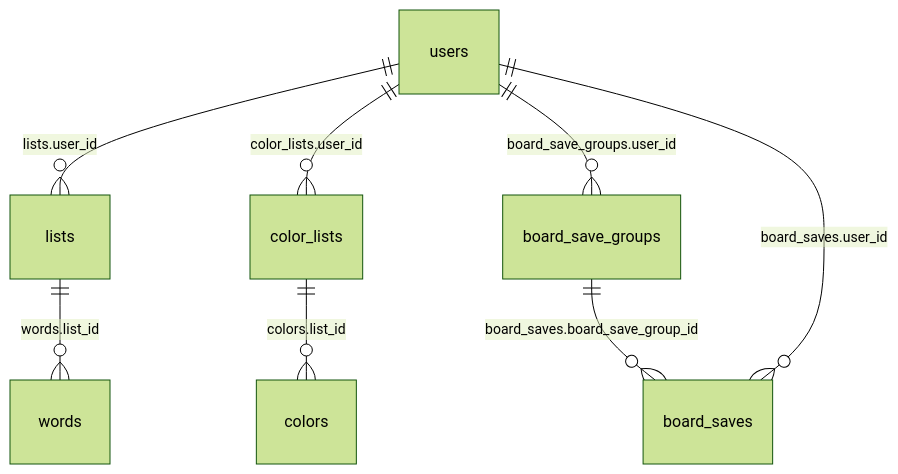
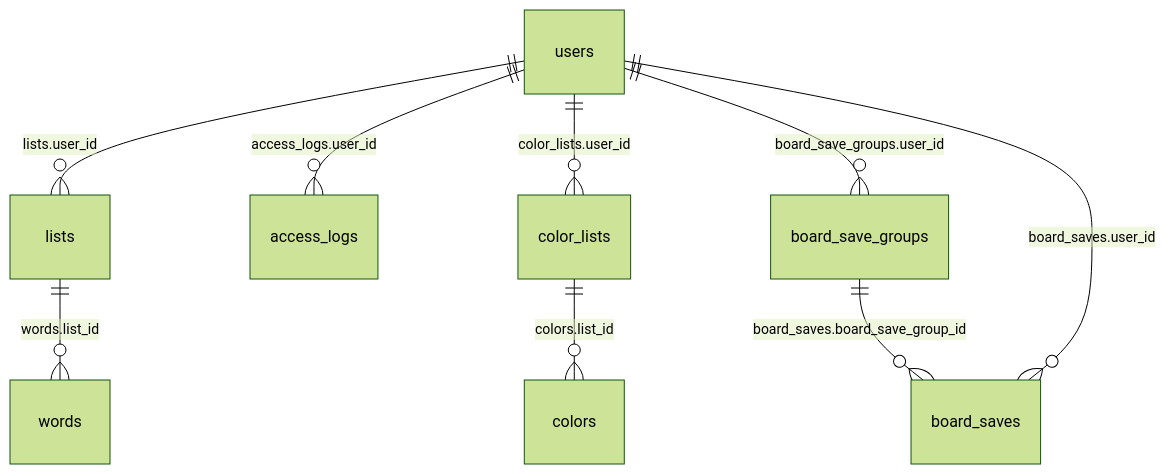
One commit to f4mqfm/cellauto_api changed the diagram in docs/database-schema.md. Above: the diagram before and after it, drawn with Mermaid (forest theme). The commit also changed other lines of this file and 26 other files, not shown here.

````diff
--- a/docs/database-schema.md
+++ b/docs/database-schema.md
@@ -11,10 +11,11 @@
 ```mermaid
 erDiagram
     users ||--o{ lists : "lists.user_id"
     lists ||--o{ words : "words.list_id"
+    users ||--o{ access_logs : "access_logs.user_id"
     users ||--o{ color_lists : "color_lists.user_id"
     color_lists ||--o{ colors : "colors.list_id"
     users ||--o{ board_save_groups : "board_save_groups.user_id"
     board_save_groups ||--o{ board_saves : "board_saves.board_save_group_id"
     users ||--o{ board_saves : "board_saves.user_id"
 ```
````
